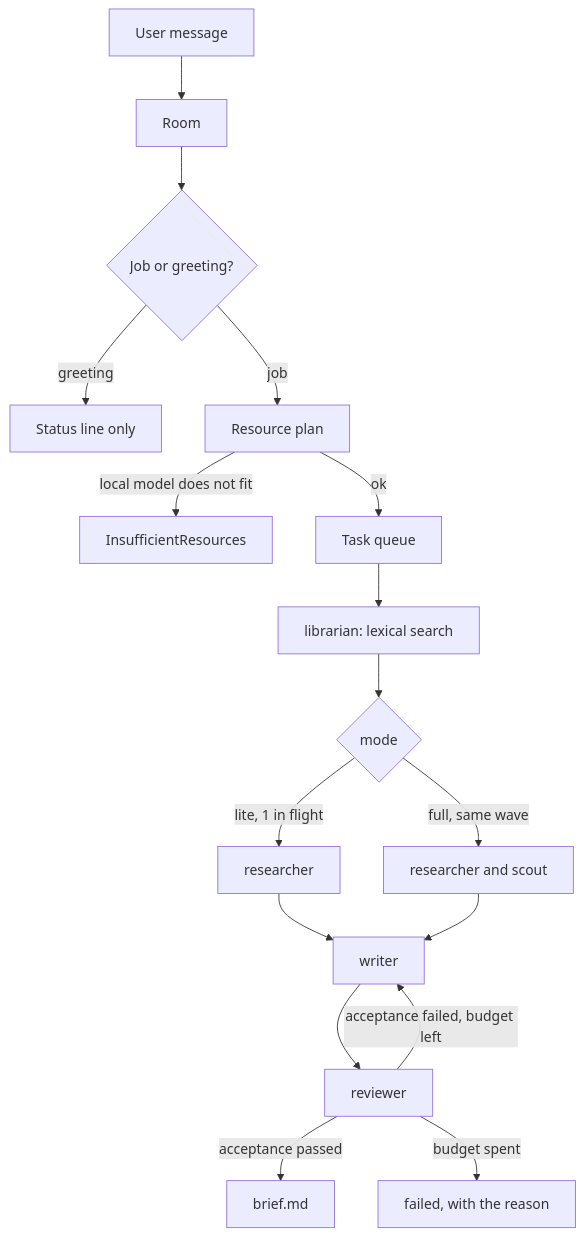
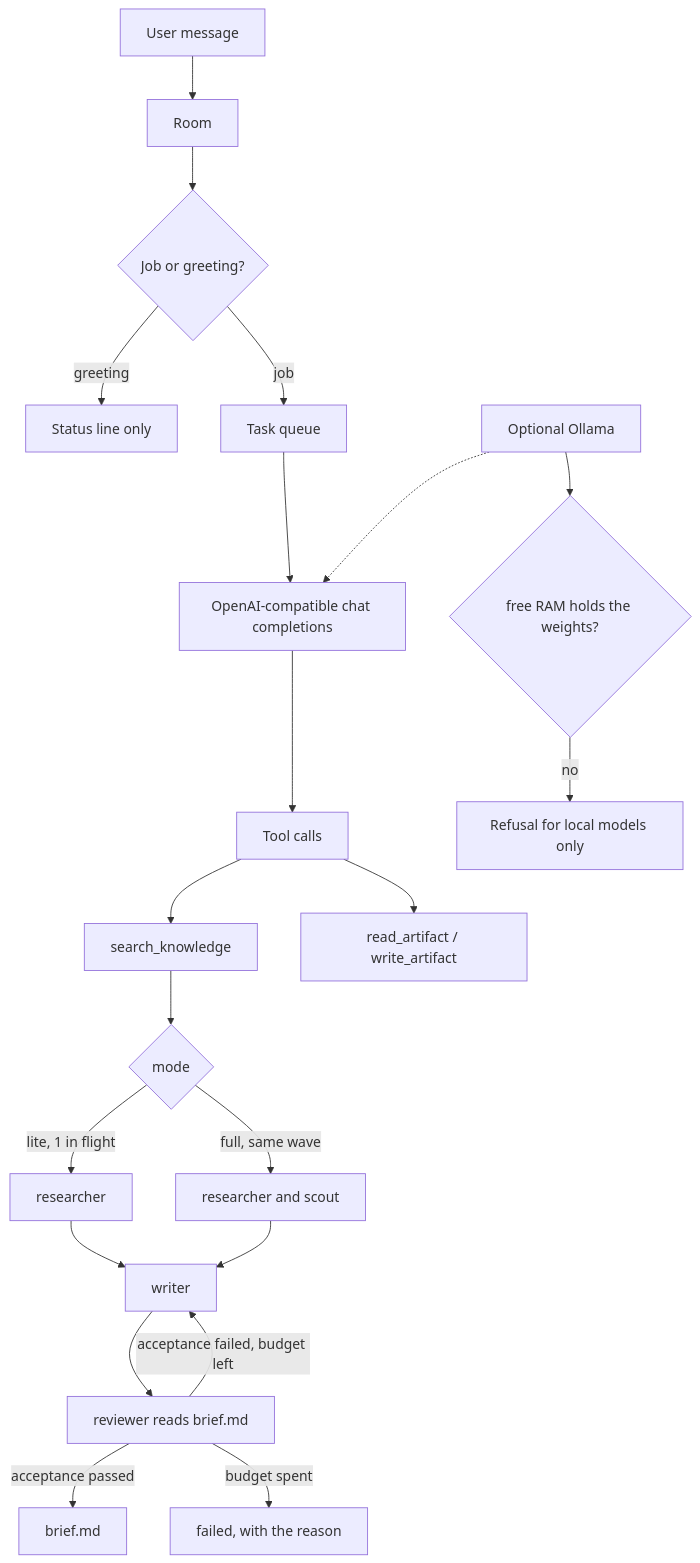
Before and after one commit to Nonarkara/diy-rag-chatbot: the diagram in docs/architecture/workshop.md, drawn with Mermaid. The commit also changed other lines of this file and 14 other files, not shown here.

First line of the commit message:
Make cheap APIs and tool calls the workshop's primary path.

````diff
--- a/docs/architecture/workshop.md
+++ b/docs/architecture/workshop.md
@@ -19,19 +19,23 @@
 ```mermaid
 flowchart TD
   user[User message] --> room[Room]
   room --> gate{Job or greeting?}
   gate -->|greeting| silence[Status line only]
-  gate -->|job| plan[Resource plan]
-  plan -->|local model does not fit| stop[InsufficientResources]
-  plan -->|ok| queue[Task queue]
-  queue --> lib[librarian: lexical search]
-  lib --> wave{mode}
+  gate -->|job| queue[Task queue]
+  queue --> api[OpenAI-compatible chat completions]
+  api --> tools[Tool calls]
+  tools --> search[search_knowledge]
+  tools --> rw[read_artifact / write_artifact]
+  search --> wave{mode}
   wave -->|lite, 1 in flight| one[researcher]
   wave -->|full, same wave| two[researcher and scout]
   one --> writer[writer]
   two --> writer
-  writer --> reviewer[reviewer]
+  writer --> reviewer[reviewer reads brief.md]
   reviewer -->|acceptance failed, budget left| writer
   reviewer -->|acceptance passed| done[brief.md]
   reviewer -->|budget spent| fail[failed, with the reason]
+  ollama[Optional Ollama] -.-> api
+  ollama --> ram{free RAM holds the weights?}
+  ram -->|no| stop[Refusal for local models only]
 ```
````
